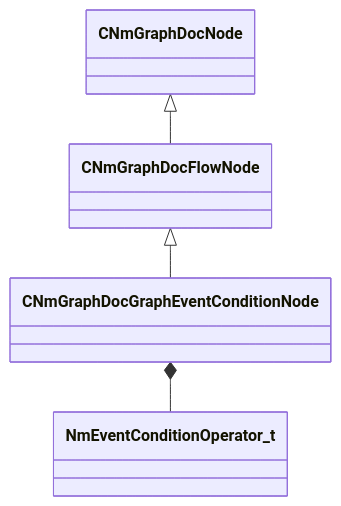
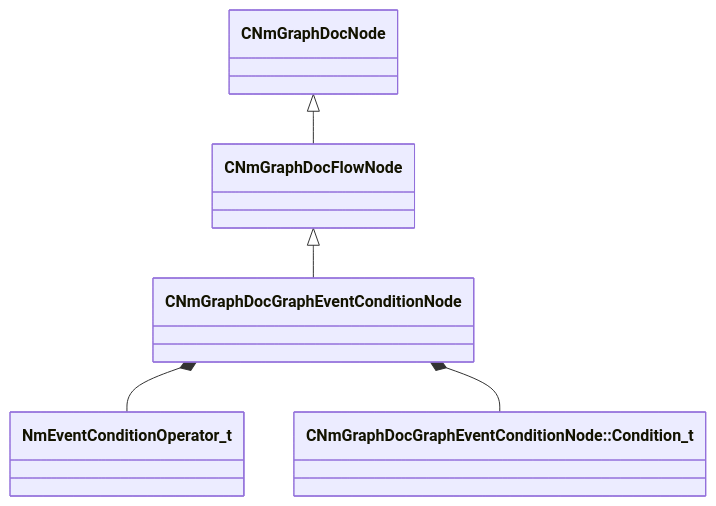
The diagram in docs/generated/schemas/animdoclib/CNmGraphDocGraphEventConditionNode.md (CS2OpenDev/CS2OpenDev-Docs), drawn with Mermaid before and after one commit. The commit also changed other lines of this file and 4525 other files, not shown here.

````diff
--- a/docs/generated/schemas/animdoclib/CNmGraphDocGraphEventConditionNode.md
+++ b/docs/generated/schemas/animdoclib/CNmGraphDocGraphEventConditionNode.md
@@ -17,6 +19,7 @@
 ```mermaid
 classDiagram
     CNmGraphDocFlowNode <|-- CNmGraphDocGraphEventConditionNode
     CNmGraphDocNode <|-- CNmGraphDocFlowNode
     CNmGraphDocGraphEventConditionNode *-- NmEventConditionOperator_t
+    CNmGraphDocGraphEventConditionNode *-- `CNmGraphDocGraphEventConditionNode::Condition_t`
 ```
````
